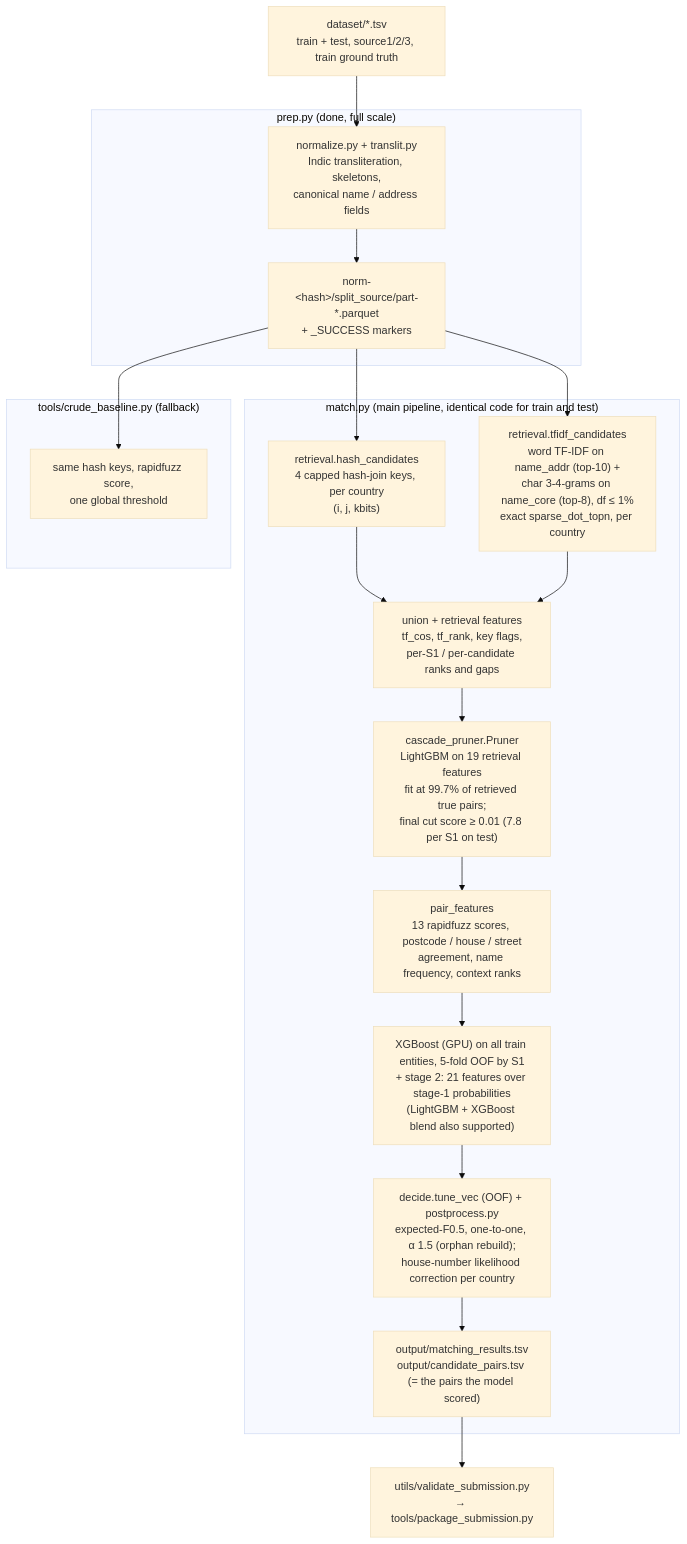
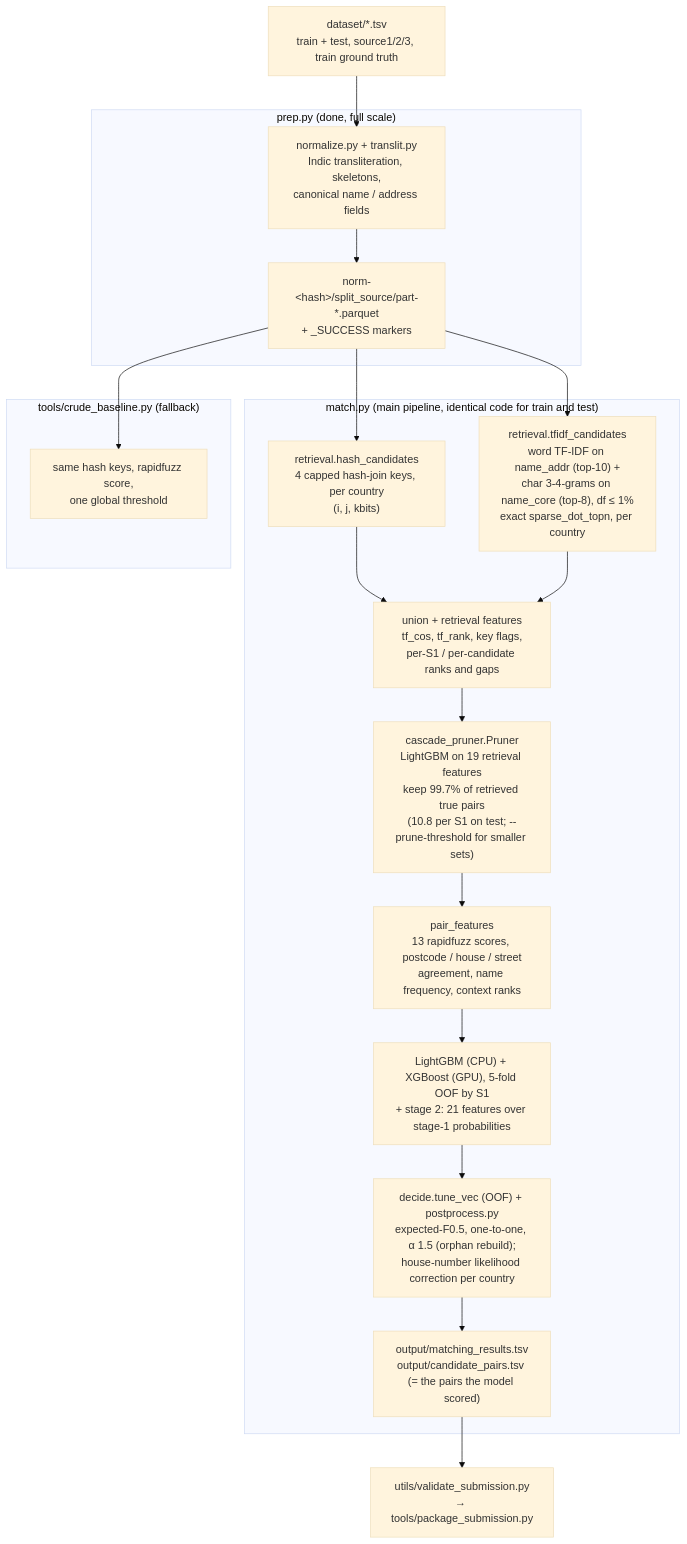
The diagram in ARCHITECTURE.md (nocool235/napy-ML-challenge), drawn with Mermaid (base theme) before and after one commit. The commit also changed other lines of this file and 5 other files, not shown here.

````diff
--- a/ARCHITECTURE.md
+++ b/ARCHITECTURE.md
@@ -47,34 +47,34 @@
 ```mermaid
 flowchart TD
     RAW["dataset/*.tsv<br/>train + test, source1/2/3, train ground truth"]
 
     subgraph PREP["prep.py (done, full scale)"]
         P1["normalize.py + translit.py<br/>Indic transliteration, skeletons,<br/>canonical name / address fields"]
         P2["norm-&lt;hash&gt;/split_source/part-*.parquet<br/>+ _SUCCESS markers"]
         P1 --> P2
     end
     RAW --> P1
 
     subgraph MAIN["match.py (main pipeline, identical code for train and test)"]
         R1["retrieval.hash_candidates<br/>4 capped hash-join keys, per country<br/>(i, j, kbits)"]
         R2["retrieval.tfidf_candidates<br/>word TF-IDF on name_addr (top-10) +<br/>char 3-4-grams on name_core (top-8), df ≤ 1%<br/>exact sparse_dot_topn, per country"]
         U["union + retrieval features<br/>tf_cos, tf_rank, key flags,<br/>per-S1 / per-candidate ranks and gaps"]
-        PR["cascade_pruner.Pruner<br/>LightGBM on 19 retrieval features<br/>fit at 99.7% of retrieved true pairs;<br/>final cut score ≥ 0.01 (7.8 per S1 on test)"]
+        PR["cascade_pruner.Pruner<br/>LightGBM on 19 retrieval features<br/>keep 99.7% of retrieved true pairs<br/>(10.8 per S1 on test; --prune-threshold for smaller sets)"]
         FE["pair_features<br/>13 rapidfuzz scores, postcode / house / street<br/>agreement, name frequency, context ranks"]
-        M["XGBoost (GPU) on all train entities, 5-fold OOF by S1<br/>+ stage 2: 21 features over stage-1 probabilities<br/>(LightGBM + XGBoost blend also supported)"]
+        M["LightGBM (CPU) + XGBoost (GPU), 5-fold OOF by S1<br/>+ stage 2: 21 features over stage-1 probabilities"]
         D["decide.tune_vec (OOF) + postprocess.py<br/>expected-F0.5, one-to-one, α 1.5 (orphan rebuild);<br/>house-number likelihood correction per country"]
         O["output/matching_results.tsv<br/>output/candidate_pairs.tsv (= the pairs the model scored)"]
         R1 --> U
         R2 --> U
         U --> PR --> FE --> M --> D --> O
     end
     P2 --> R1
     P2 --> R2
 
     subgraph FALL["tools/crude_baseline.py (fallback)"]
         C1["same hash keys, rapidfuzz score,<br/>one global threshold"]
     end
     P2 --> C1
 
     O --> V["utils/validate_submission.py<br/>→ tools/package_submission.py"]
 ```
````
